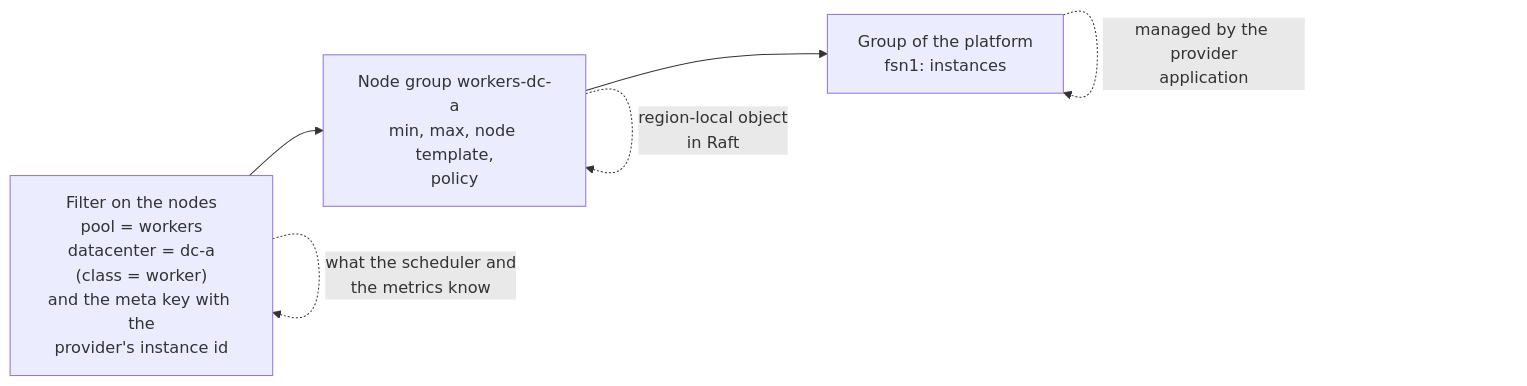
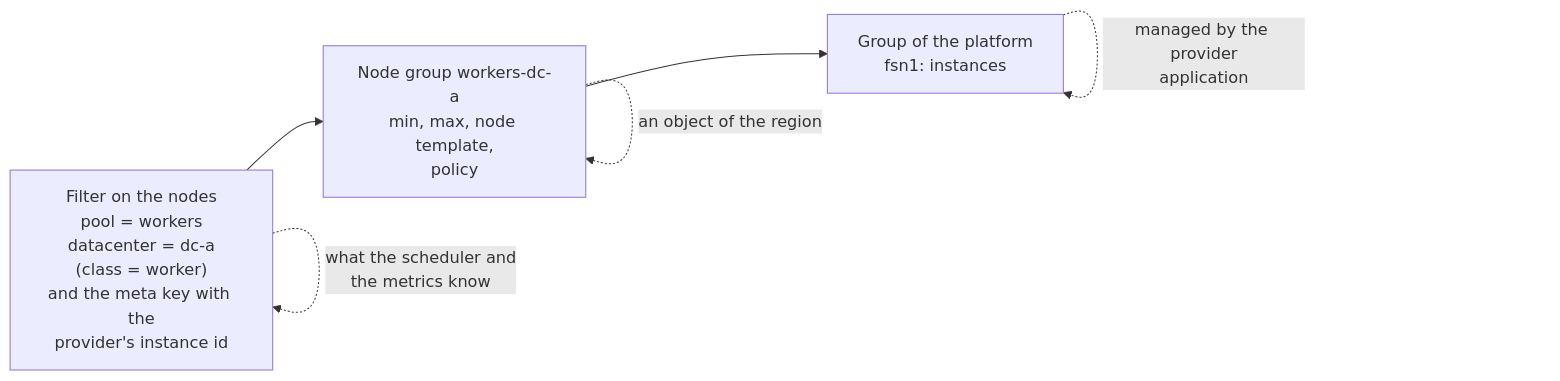
The third of 11 diagrams in content/docs/design/cluster-scaling-plan.md (bacanoo-io/norca-doc), drawn with Mermaid before and after one commit. The commit also changed other lines of this file and 2 other files, not shown here.

````diff
--- a/content/docs/design/cluster-scaling-plan.md
+++ b/content/docs/design/cluster-scaling-plan.md
@@ -115,7 +124,7 @@
 ```mermaid
 flowchart LR
   F["Filter on the nodes<br/>pool = workers<br/>datacenter = dc-a<br/>(class = worker)<br/>and the meta key with the<br/>provider's instance id"] --> G["Node group workers-dc-a<br/>min, max, node template,<br/>policy"] --> P["Group of the platform<br/>fsn1: instances"]
   F -. "what the scheduler and<br/>the metrics know" .-> F
-  G -. "region-local object<br/>in Raft" .-> G
+  G -. "an object of the region" .-> G
   P -. "managed by the provider<br/>application" .-> P
 ```
````
